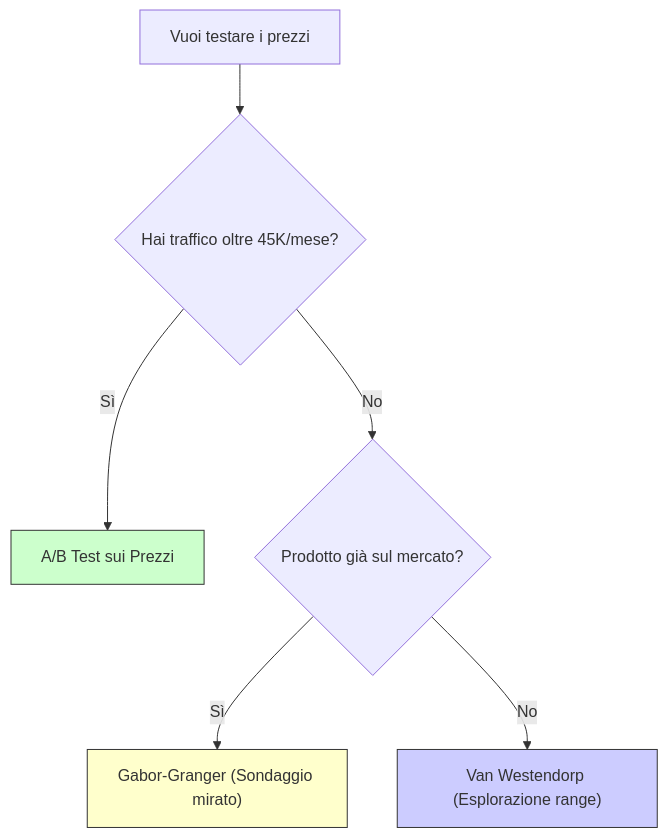
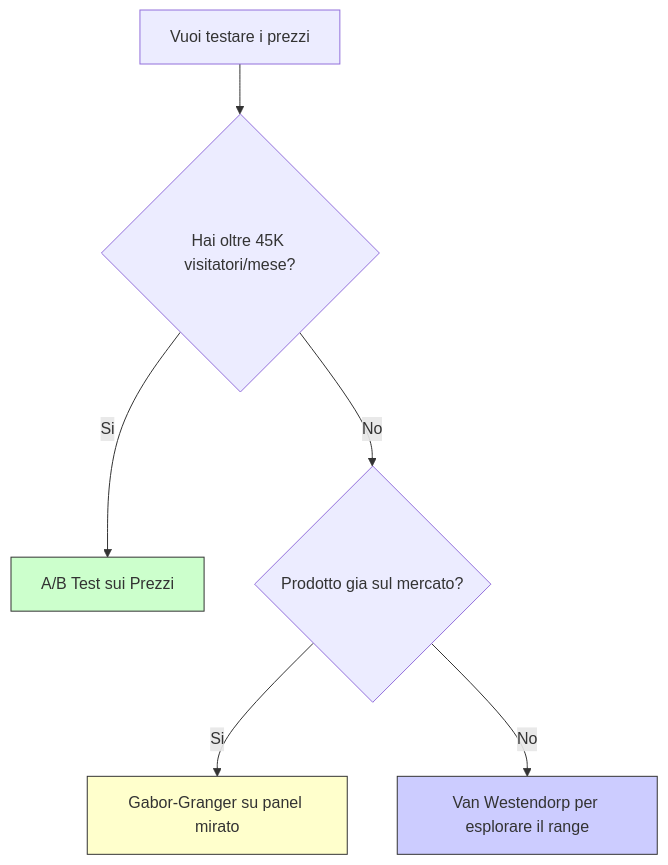
One commit to AndreyBertasini/gynnitech changed the diagram in src/content/blog/pricing-matematico.mdx. Above: the diagram before and after it, drawn with Mermaid. The commit also changed other lines of this file and 27 other files, not shown here.

````diff
--- a/src/content/blog/pricing-matematico.mdx
+++ b/src/content/blog/pricing-matematico.mdx
@@ -160,12 +229,12 @@
 ```mermaid
 graph TD
-    A["Vuoi testare i prezzi"] --> B{"Hai traffico oltre 45K/mese?"}
-    B -- Sì --> C["A/B Test sui Prezzi"]
-    B -- No --> D{"Prodotto già sul mercato?"}
-    D -- Sì --> E["Gabor-Granger (Sondaggio mirato)"]
-    D -- No --> F["Van Westendorp (Esplorazione range)"]
-    
+    A["Vuoi testare i prezzi"] --> B{"Hai oltre 45K visitatori/mese?"}
+    B -- Si --> C["A/B Test sui Prezzi"]
+    B -- No --> D{"Prodotto gia sul mercato?"}
+    D -- Si --> E["Gabor-Granger su panel mirato"]
+    D -- No --> F["Van Westendorp per esplorare il range"]
+
     style C fill:#ccffcc,stroke:#333
     style E fill:#ffffcc,stroke:#333
     style F fill:#ccccff,stroke:#333
 ```
````
